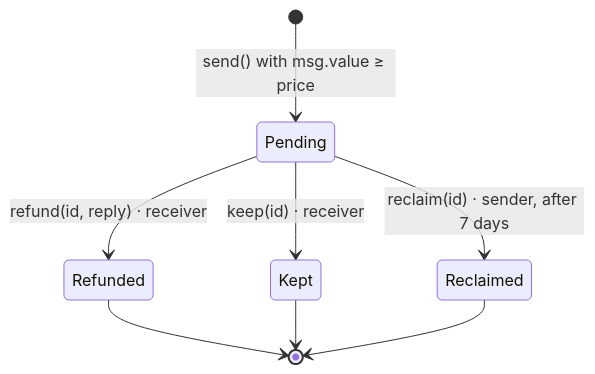
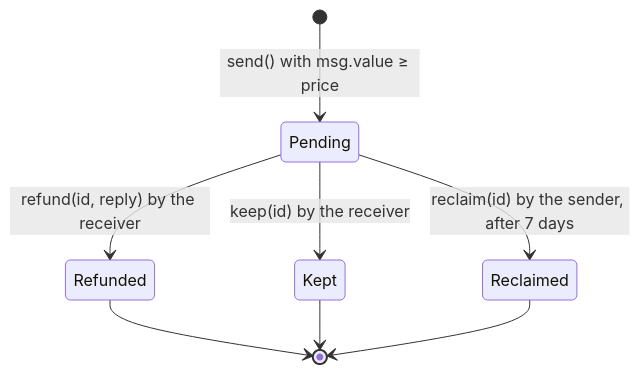
The second of 2 diagrams in README.md (SuryaXyz-art/stamp), drawn with Mermaid before and after one commit. The commit also changed other lines of this file and 13 other files, not shown here.

````diff
--- a/README.md
+++ b/README.md
@@ -98,10 +126,10 @@
 ```mermaid
 stateDiagram-v2
     [*] --> Pending: send() with msg.value ≥ price
-    Pending --> Refunded: refund(id, reply) · receiver
-    Pending --> Kept: keep(id) · receiver
-    Pending --> Reclaimed: reclaim(id) · sender, after 7 days
+    Pending --> Refunded: refund(id, reply) by the receiver
+    Pending --> Kept: keep(id) by the receiver
+    Pending --> Reclaimed: reclaim(id) by the sender, after 7 days
     Refunded --> [*]
     Kept --> [*]
     Reclaimed --> [*]
 ```
````
